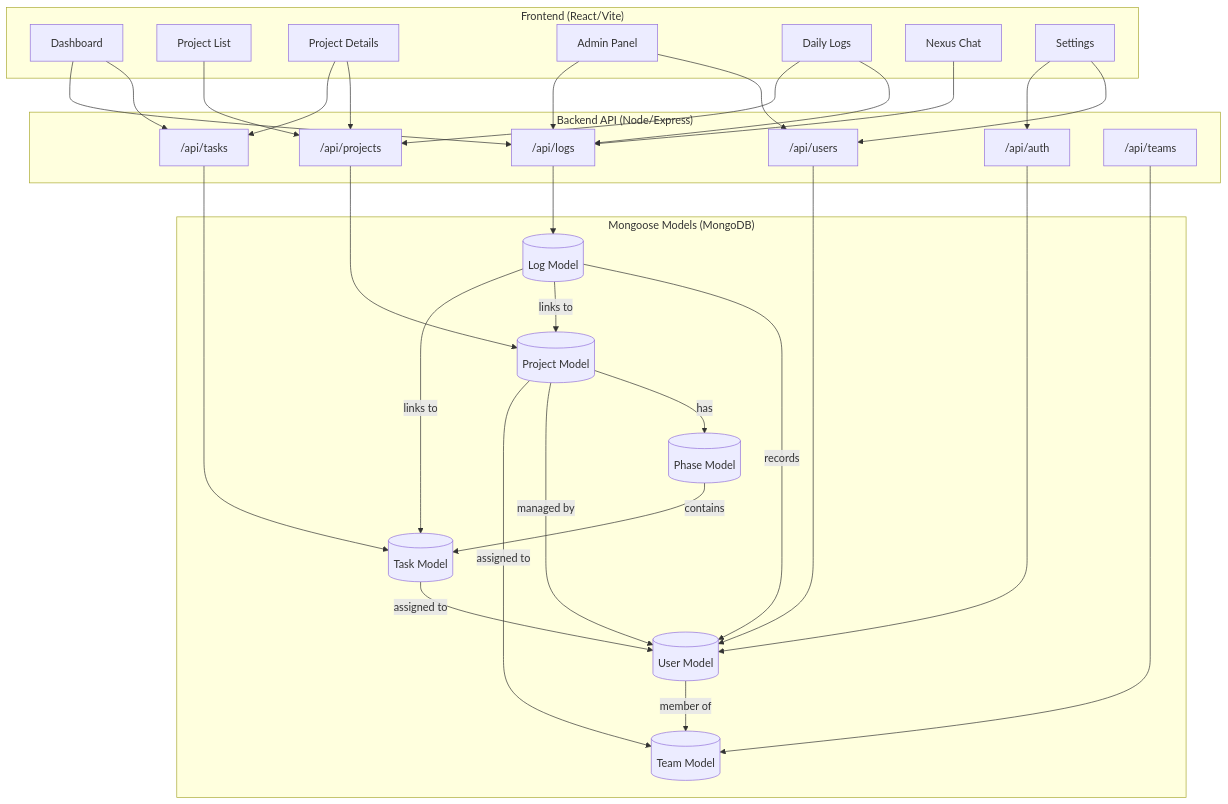
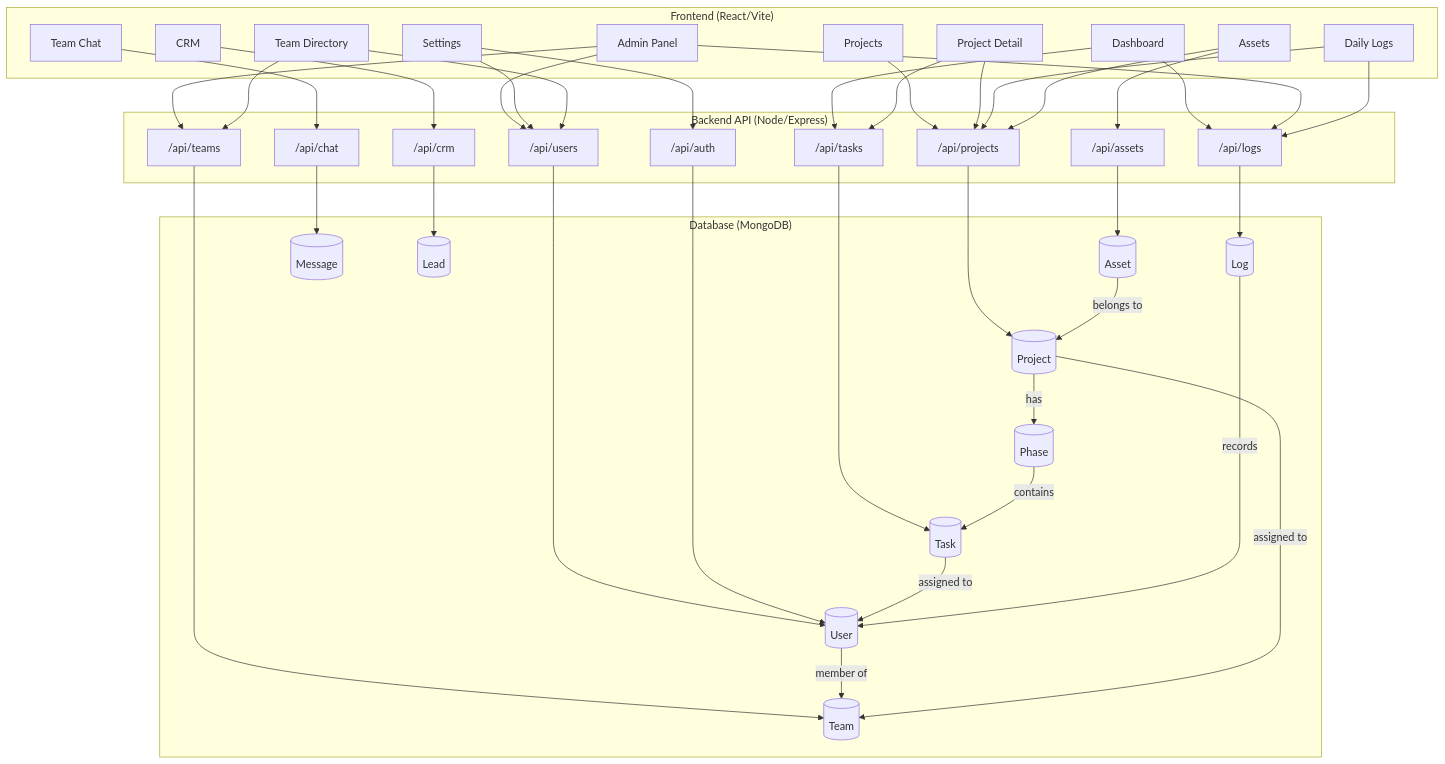
One commit to RaghavSobti37/Taskmaster changed the diagram in README.md. Above: the diagram before and after it, drawn with Mermaid. The commit also changed other lines of this file and 37 other files, not shown here.

````diff
--- a/README.md
+++ b/README.md
@@ -29,66 +31,69 @@
 ```mermaid
 graph TD
-    %% Frontend Layer
     subgraph Frontend ["Frontend (React/Vite)"]
         D[Dashboard]
-        PL[Project List]
-        PD[Project Details]
+        PL[Projects]
+        PD[Project Detail]
         AP[Admin Panel]
         DL[Daily Logs]
-        CH[Nexus Chat]
+        CH[Team Chat]
         ST[Settings]
+        CRM_F[CRM]
+        ASSETS[Assets]
+        TV[Team Directory]
     end
 
-    %% API Layer
     subgraph API ["Backend API (Node/Express)"]
         T_API["/api/tasks"]
         P_API["/api/projects"]
         U_API["/api/users"]
         L_API["/api/logs"]
         A_API["/api/auth"]
         TM_API["/api/teams"]
+        C_API["/api/chat"]
+        CR_API["/api/crm"]
+        AS_API["/api/assets"]
     end
 
-    %% Model Layer
-    subgraph Models ["Mongoose Models (MongoDB)"]
-        M_Task[(Task Model)]
-        M_Project[(Project Model)]
-        M_User[(User Model)]
-        M_Log[(Log Model)]
-        M_Phase[(Phase Model)]
-        M_Team[(Team Model)]
+    subgraph Models ["Database (MongoDB)"]
+        M_Task[(Task)]
+        M_Project[(Project)]
+        M_User[(User)]
+        M_Log[(Log)]
+        M_Phase[(Phase)]
+        M_Team[(Team)]
+        M_Message[(Message)]
+        M_Lead[(Lead)]
+        M_Asset[(Asset)]
     end
 
-    %% Connections: Frontend to API
     D --> T_API
     D --> L_API
     PL --> P_API
-    PD --> P_API
-    PD --> T_API
-    AP --> U_API
-    AP --> L_API
-    DL --> L_API
-    DL --> P_API
-    CH --> L_API
-    ST --> U_API
-    ST --> A_API
+    PD --> P_API & T_API
+    AP --> U_API & L_API & TM_API
+    DL --> L_API & P_API
+    CH --> C_API
+    ST --> U_API & A_API
+    CRM_F --> CR_API
+    ASSETS --> AS_API & P_API
+    TV --> U_API & TM_API
 
-    %% Connections: API to Models
     T_API --> M_Task
     P_API --> M_Project
     U_API --> M_User
     L_API --> M_Log
     A_API --> M_User
     TM_API --> M_Team
+    C_API --> M_Message
+    CR_API --> M_Lead
+    AS_API --> M_Asset
 
-    %% Connections: Model Relationships
     M_Project -- "has" --> M_Phase
     M_Phase -- "contains" --> M_Task
-    M_Project -- "managed by" --> M_User
     M_Task -- "assigned to" --> M_User
-    M_Log -- "records" --> M_User
-    M_Log -- "links to" --> M_Project
-    M_Log -- "links to" --> M_Task
     M_User -- "member of" --> M_Team
     M_Project -- "assigned to" --> M_Team
+    M_Log -- "records" --> M_User
+    M_Asset -- "belongs to" --> M_Project
 ```
````
